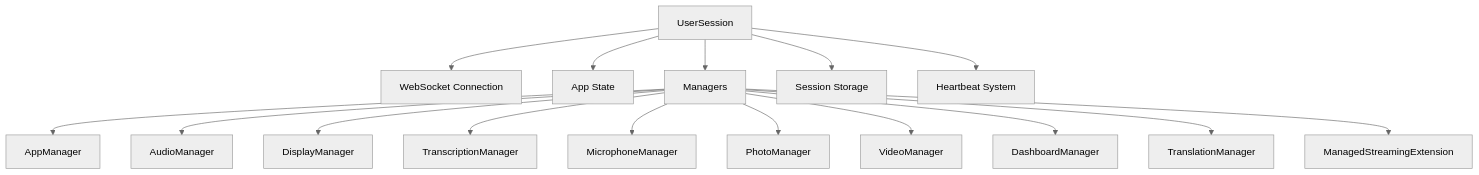
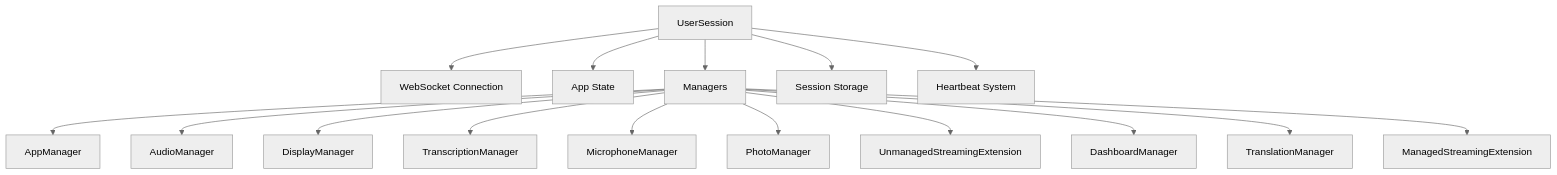
One commit to Future-Outlier/smart-glass-OS-system-AugmentOS changed the diagram in cloud/docs/cloud-architecture/session-management/user-session-class.mdx. Above: the diagram before and after it, drawn with Mermaid (neutral theme). The commit also changed other lines of this file and 21 other files, not shown here.

````diff
--- a/cloud/docs/cloud-architecture/session-management/user-session-class.mdx
+++ b/cloud/docs/cloud-architecture/session-management/user-session-class.mdx
@@ -14,18 +14,18 @@
 ```mermaid
 graph TD
     A[UserSession] --> B[WebSocket Connection]
     A --> C[App State]
     A --> D[Managers]
     D --> E[AppManager]
     D --> F[AudioManager]
     D --> G[DisplayManager]
     D --> H[TranscriptionManager]
     D --> I[MicrophoneManager]
     D --> J[PhotoManager]
-    D --> K[VideoManager]
+    D --> K[UnmanagedStreamingExtension]
     D --> L[DashboardManager]
     D --> M[TranslationManager]
     D --> N[ManagedStreamingExtension]
     A --> O[Session Storage]
     A --> P[Heartbeat System]
 ```
````
